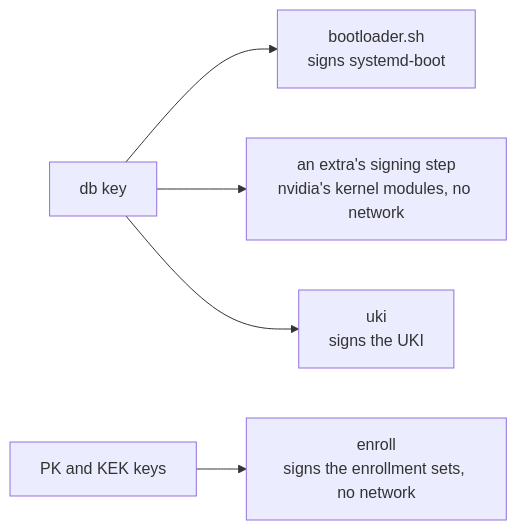
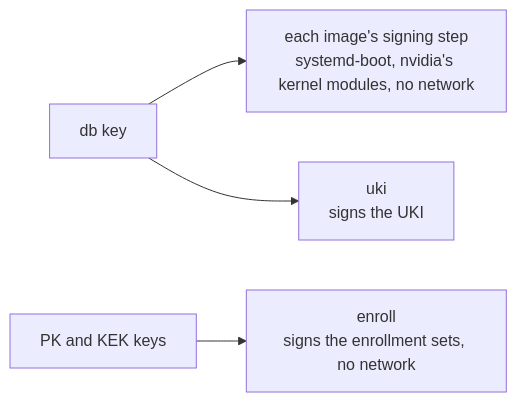
One commit to LucaRickli/fedora-bootc changed the second of 3 diagrams in docs/architecture/build.md. Above: the diagram before and after it, drawn with Mermaid. The commit also changed other lines of this file and 84 other files, not shown here.

````diff
--- a/docs/architecture/build.md
+++ b/docs/architecture/build.md
@@ -156,7 +153,6 @@
 ```mermaid
 flowchart LR
-    db["db key"] --> bootloader["bootloader.sh<br/>signs systemd-boot"]
-    db --> sign["an extra's signing step<br/>nvidia's kernel modules, no network"]
+    db["db key"] --> sign["each image's signing step<br/>systemd-boot, nvidia's kernel modules, no network"]
     db --> uki["uki<br/>signs the UKI"]
     pkkek["PK and KEK keys"] --> enroll["enroll<br/>signs the enrollment sets, no network"]
 ```
````
